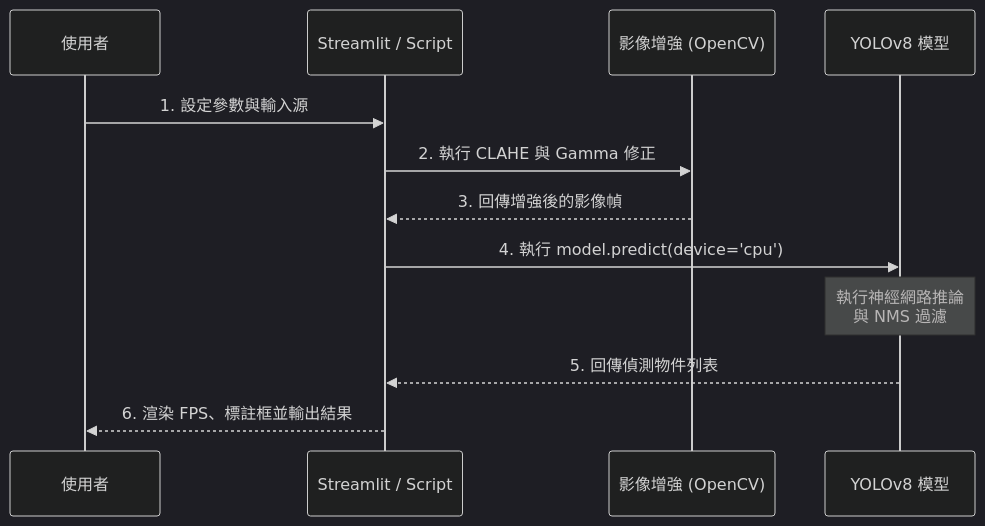
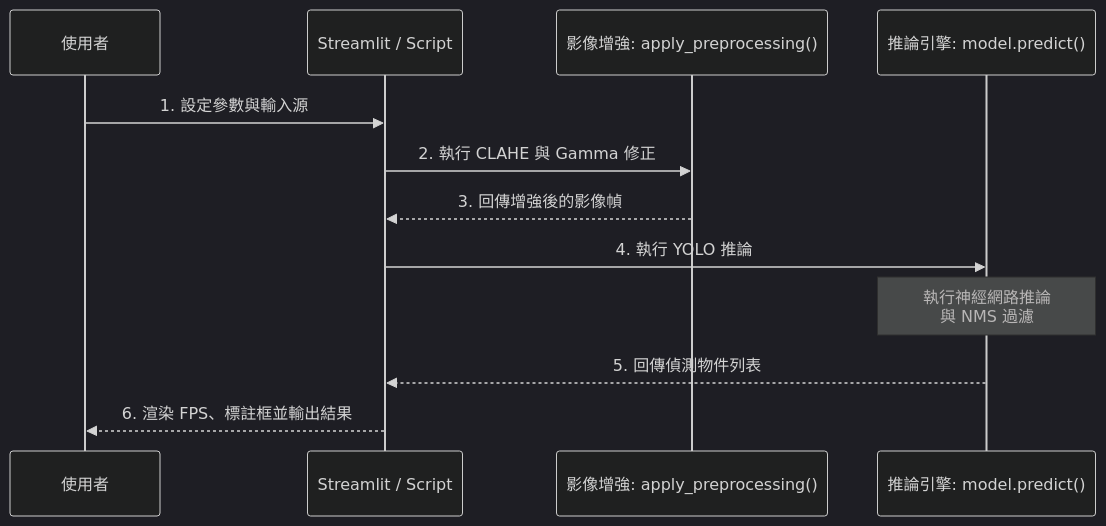
Before and after one commit to hank921109/114-2-Fire_Smoke_Detection: the third of 3 diagrams in README.md, drawn with Mermaid (dark theme). The commit also changed other lines of this file and 4 other files, not shown here.

````diff
--- a/README.md
+++ b/README.md
@@ -97,14 +103,14 @@
 ```mermaid
 sequenceDiagram
     participant User as 使用者
     participant UI as Streamlit / Script
-    participant Proc as 影像增強 (OpenCV)
-    participant Model as YOLOv8 模型
+    participant Proc as 影像增強: apply_preprocessing()
+    participant Model as 推論引擎: model.predict()
     User->>UI: 1. 設定參數與輸入源
     UI->>Proc: 2. 執行 CLAHE 與 Gamma 修正
     Proc-->>UI: 3. 回傳增強後的影像幀
-    UI->>Model: 4. 執行 model.predict(device='cpu')
+    UI->>Model: 4. 執行 YOLO 推論
     Note over Model: 執行神經網路推論<br/>與 NMS 過濾
     Model-->>UI: 5. 回傳偵測物件列表
     UI-->>User: 6. 渲染 FPS、標註框並輸出結果
 ```
````
